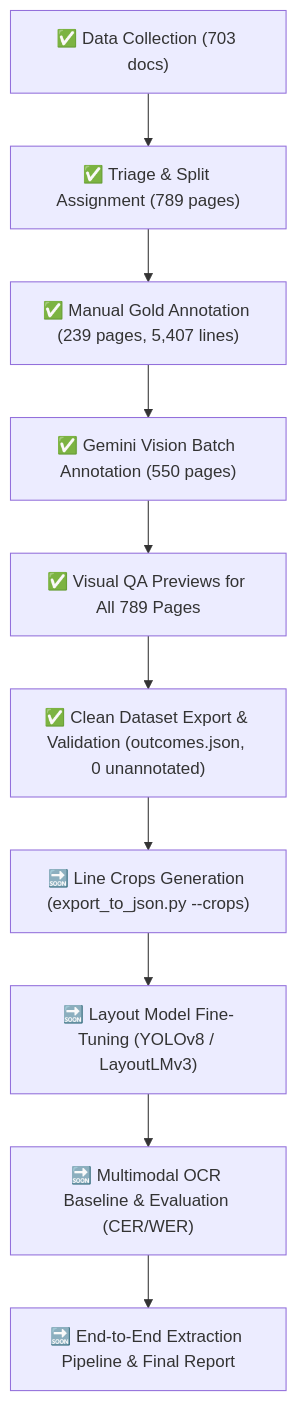
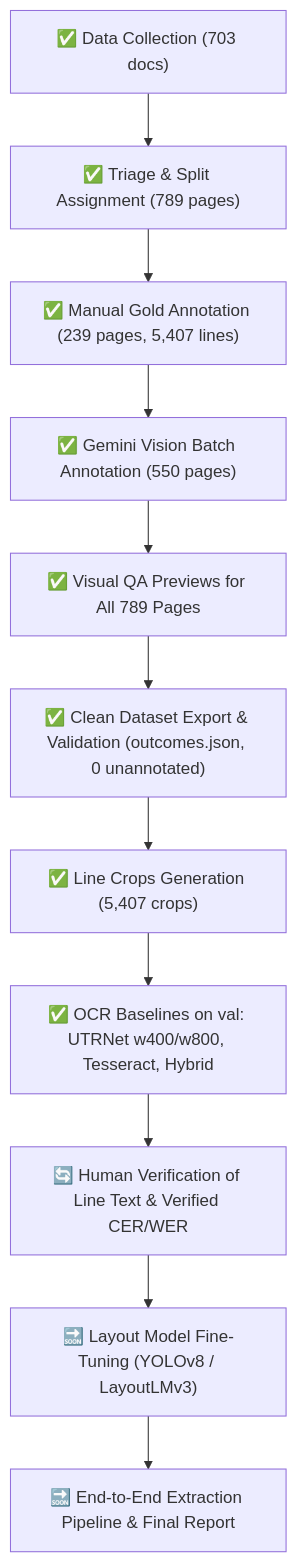
One commit to AleenaAhmed007/Nastaliq-Document-Intelligence changed the diagram in PROJECT_DOCUMENTATION.md. Above: the diagram before and after it, drawn with Mermaid. The commit also changed other lines of this file and 1 other file, not shown here.

First line of the commit message:
Document OCR baselines, evaluation and verification in README and project docs

````diff
--- a/PROJECT_DOCUMENTATION.md
+++ b/PROJECT_DOCUMENTATION.md
@@ -422,12 +552,13 @@
 ```mermaid
 flowchart TD
     A["✅ Data Collection (703 docs)"] --> B["✅ Triage & Split Assignment (789 pages)"]
     B --> C["✅ Manual Gold Annotation (239 pages, 5,407 lines)"]
     C --> D["✅ Gemini Vision Batch Annotation (550 pages)"]
     D --> E["✅ Visual QA Previews for All 789 Pages"]
     E --> F["✅ Clean Dataset Export & Validation (outcomes.json, 0 unannotated)"]
-    F --> G["🔜 Line Crops Generation (export_to_json.py --crops)"]
-    G --> H["🔜 Layout Model Fine-Tuning (YOLOv8 / LayoutLMv3)"]
-    H --> I["🔜 Multimodal OCR Baseline & Evaluation (CER/WER)"]
-    I --> J["🔜 End-to-End Extraction Pipeline & Final Report"]
+    F --> G["✅ Line Crops Generation (5,407 crops)"]
+    G --> I["✅ OCR Baselines on val: UTRNet w400/w800, Tesseract, Hybrid"]
+    I --> V["🔄 Human Verification of Line Text & Verified CER/WER"]
+    V --> H["🔜 Layout Model Fine-Tuning (YOLOv8 / LayoutLMv3)"]
+    H --> J["🔜 End-to-End Extraction Pipeline & Final Report"]
 ```
````
